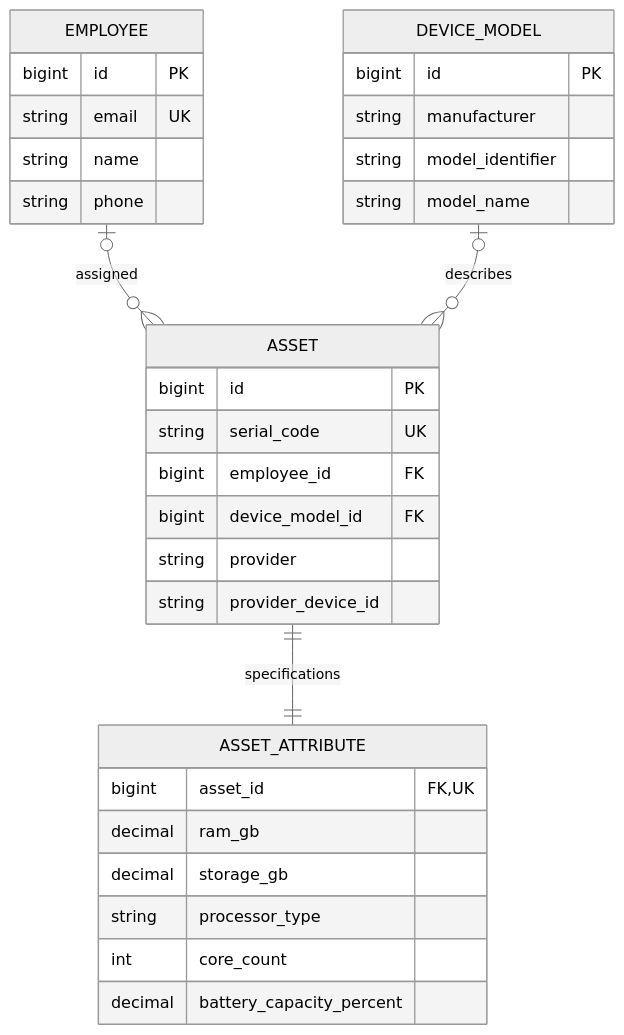
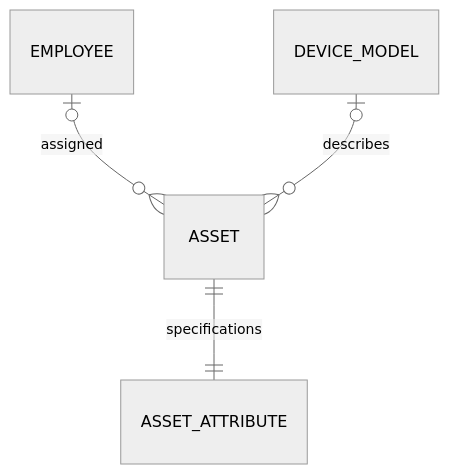
The second of 2 diagrams in docs/design.md (jayant1701/mdm-case-study), drawn with Mermaid (neutral theme) before and after one commit. The commit also changed other lines of this file and 1 other file, not shown here.

````diff
--- a/docs/design.md
+++ b/docs/design.md
@@ -72,34 +45,6 @@
 ```mermaid
 erDiagram
     EMPLOYEE o|--o{ ASSET : assigned
     DEVICE_MODEL o|--o{ ASSET : describes
     ASSET ||--|| ASSET_ATTRIBUTE : specifications
-    EMPLOYEE {
-        bigint id PK
-        string email UK
-        string name
-        string phone
-    }
-    DEVICE_MODEL {
-        bigint id PK
-        string manufacturer
-        string model_identifier
-        string model_name
-    }
-    ASSET {
-        bigint id PK
-        string serial_code UK
-        bigint employee_id FK
-        bigint device_model_id FK
-        string provider
-        string provider_device_id
-    }
-    ASSET_ATTRIBUTE {
-        bigint asset_id FK,UK
-        decimal ram_gb
-        decimal storage_gb
-        string processor_type
-        int core_count
-        decimal battery_capacity_percent
-    }
 ```
````
